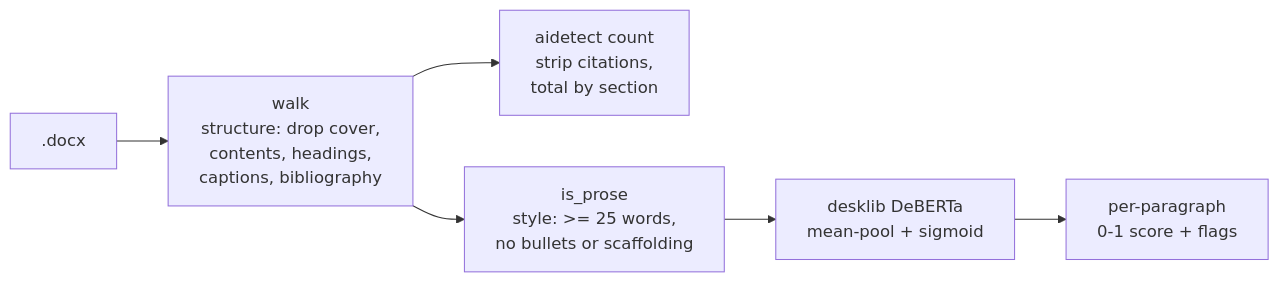
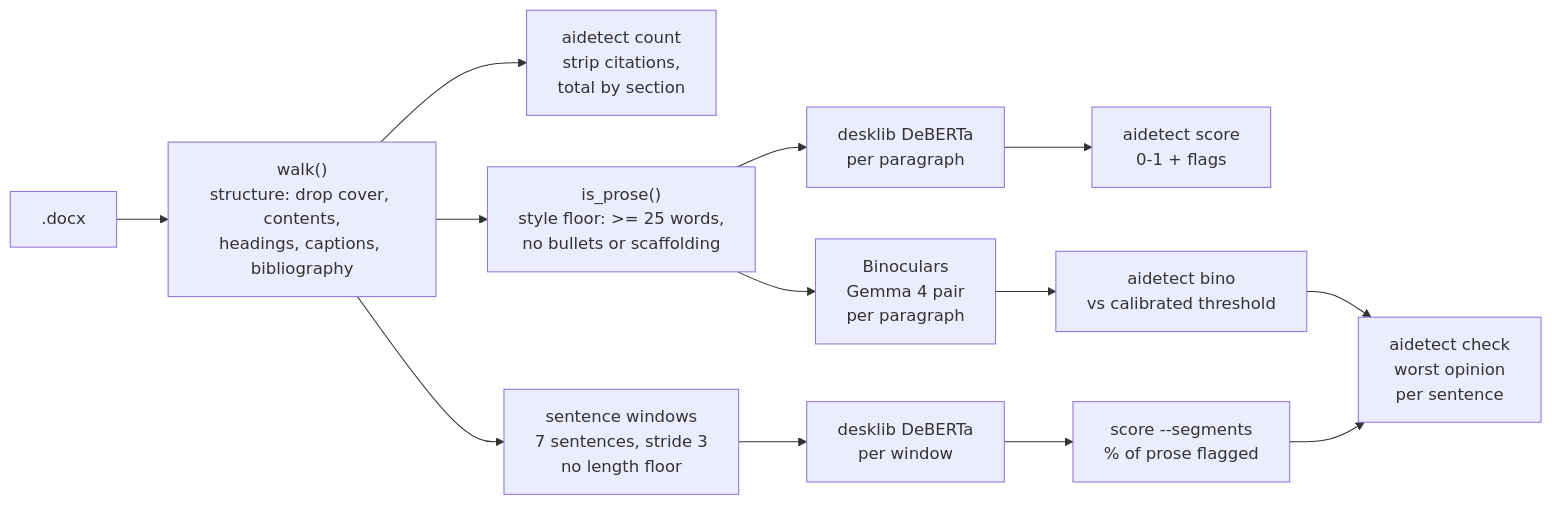
The diagram in README.md (nitrimandylis/aidetect), drawn with Mermaid before and after one commit. The commit also changed other lines of this file, not shown here.

Commit message:
redraw pipeline diagram, reframe the external detector as optional

````diff
--- a/README.md
+++ b/README.md
@@ -126,8 +126,15 @@
 ```mermaid
 flowchart LR
-    A[.docx] --> B[walk<br/>structure: drop cover,<br/>contents, headings,<br/>captions, bibliography]
-    B --> C[aidetect count<br/>strip citations,<br/>total by section]
-    B --> D[is_prose<br/>style: >= 25 words,<br/>no bullets or scaffolding]
-    D --> E[desklib DeBERTa<br/>mean-pool + sigmoid]
-    E --> F[per-paragraph<br/>0-1 score + flags]
+    A[".docx"] --> B["walk()<br/>structure: drop cover, contents,<br/>headings, captions, bibliography"]
+    B --> C["aidetect count<br/>strip citations,<br/>total by section"]
+    B --> P["is_prose()<br/>style floor: >= 25 words,<br/>no bullets or scaffolding"]
+    B --> S["sentence windows<br/>7 sentences, stride 3<br/>no length floor"]
+    P --> D1["desklib DeBERTa<br/>per paragraph"]
+    P --> BN["Binoculars<br/>Gemma 4 pair<br/>per paragraph"]
+    S --> D2["desklib DeBERTa<br/>per window"]
+    D1 --> O1["aidetect score<br/>0-1 + flags"]
+    D2 --> O2["score --segments<br/>% of prose flagged"]
+    BN --> O3["aidetect bino<br/>vs calibrated threshold"]
+    O2 --> K["aidetect check<br/>worst opinion<br/>per sentence"]
+    O3 --> K
 ```
````
